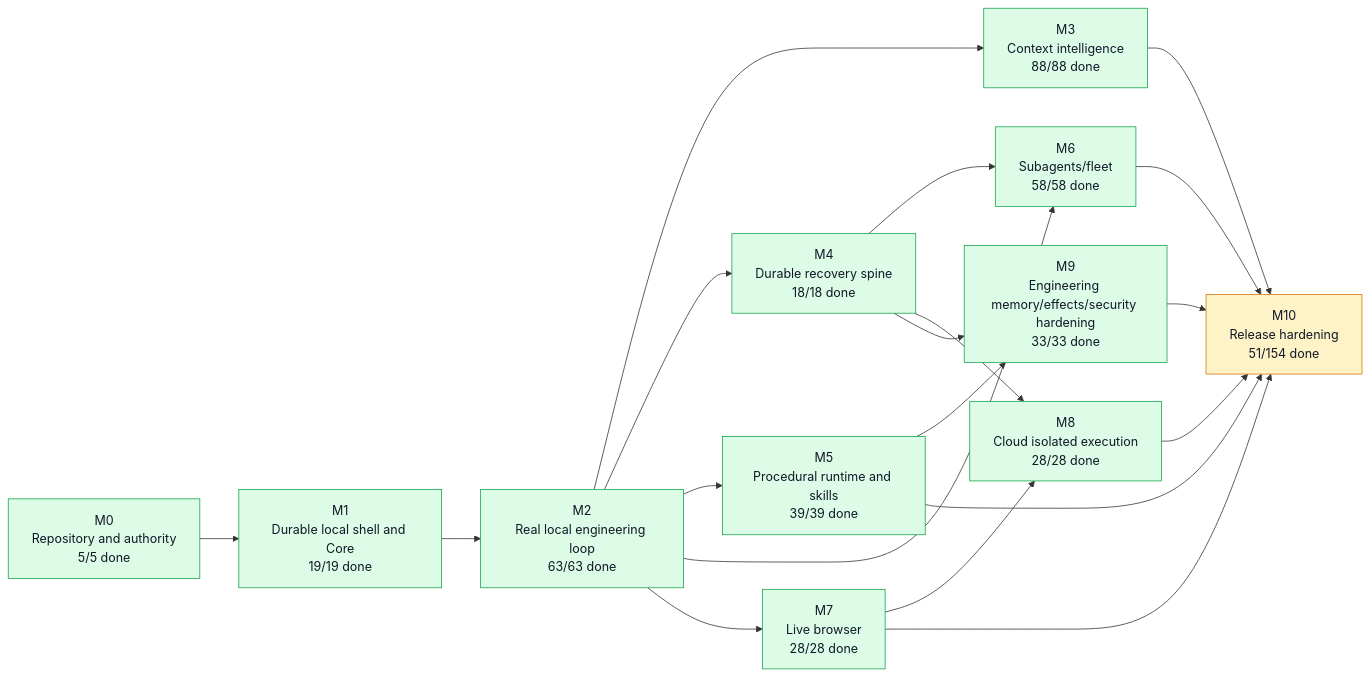
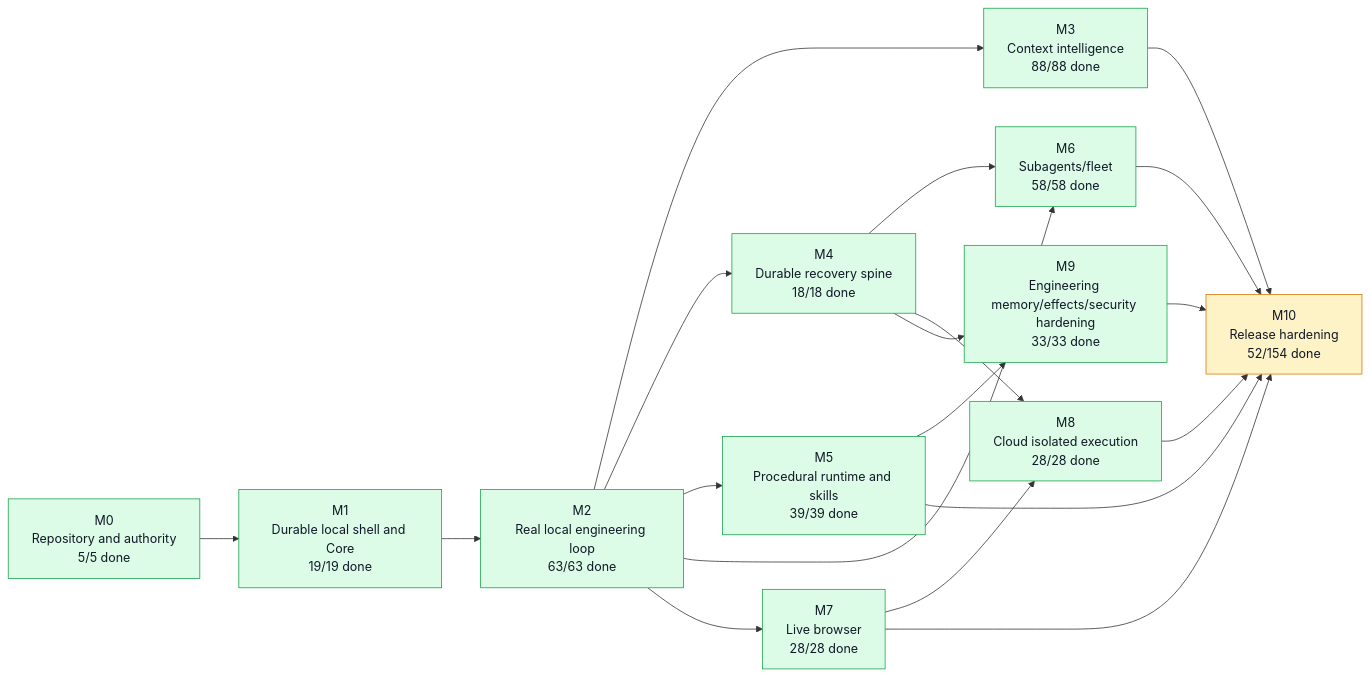
The first of 5 diagrams in graph/PROJECT_GRAPH.md (moss101/modbit), drawn with Mermaid before and after one commit. The commit also changed other lines of this file and 5 other files, not shown here.

````diff
--- a/graph/PROJECT_GRAPH.md
+++ b/graph/PROJECT_GRAPH.md
@@ -57,43 +57,43 @@
 ```mermaid
 flowchart LR
   M0["M0<br/>Repository and authority<br/>5/5 done"]
   M1["M1<br/>Durable local shell and Core<br/>19/19 done"]
   M2["M2<br/>Real local engineering loop<br/>63/63 done"]
   M3["M3<br/>Context intelligence<br/>88/88 done"]
   M4["M4<br/>Durable recovery spine<br/>18/18 done"]
   M5["M5<br/>Procedural runtime and skills<br/>39/39 done"]
   M6["M6<br/>Subagents/fleet<br/>58/58 done"]
   M7["M7<br/>Live browser<br/>28/28 done"]
   M8["M8<br/>Cloud isolated execution<br/>28/28 done"]
   M9["M9<br/>Engineering memory/effects/security hardening<br/>33/33 done"]
-  M10["M10<br/>Release hardening<br/>51/154 done"]
+  M10["M10<br/>Release hardening<br/>52/154 done"]
   M0 --> M1
   M1 --> M2
   M2 --> M3
   M2 --> M4
   M2 --> M5
   M2 --> M6
   M4 --> M6
   M2 --> M7
   M4 --> M8
   M7 --> M8
   M4 --> M9
   M5 --> M9
   M3 --> M10
   M5 --> M10
   M6 --> M10
   M7 --> M10
   M8 --> M10
   M9 --> M10
   style M0 fill:#dcfce7,stroke:#16a34a,color:#111827
   style M1 fill:#dcfce7,stroke:#16a34a,color:#111827
   style M2 fill:#dcfce7,stroke:#16a34a,color:#111827
   style M3 fill:#dcfce7,stroke:#16a34a,color:#111827
   style M4 fill:#dcfce7,stroke:#16a34a,color:#111827
   style M5 fill:#dcfce7,stroke:#16a34a,color:#111827
   style M6 fill:#dcfce7,stroke:#16a34a,color:#111827
   style M7 fill:#dcfce7,stroke:#16a34a,color:#111827
   style M8 fill:#dcfce7,stroke:#16a34a,color:#111827
   style M9 fill:#dcfce7,stroke:#16a34a,color:#111827
   style M10 fill:#fef3c7,stroke:#d97706,color:#111827
 ```
````
